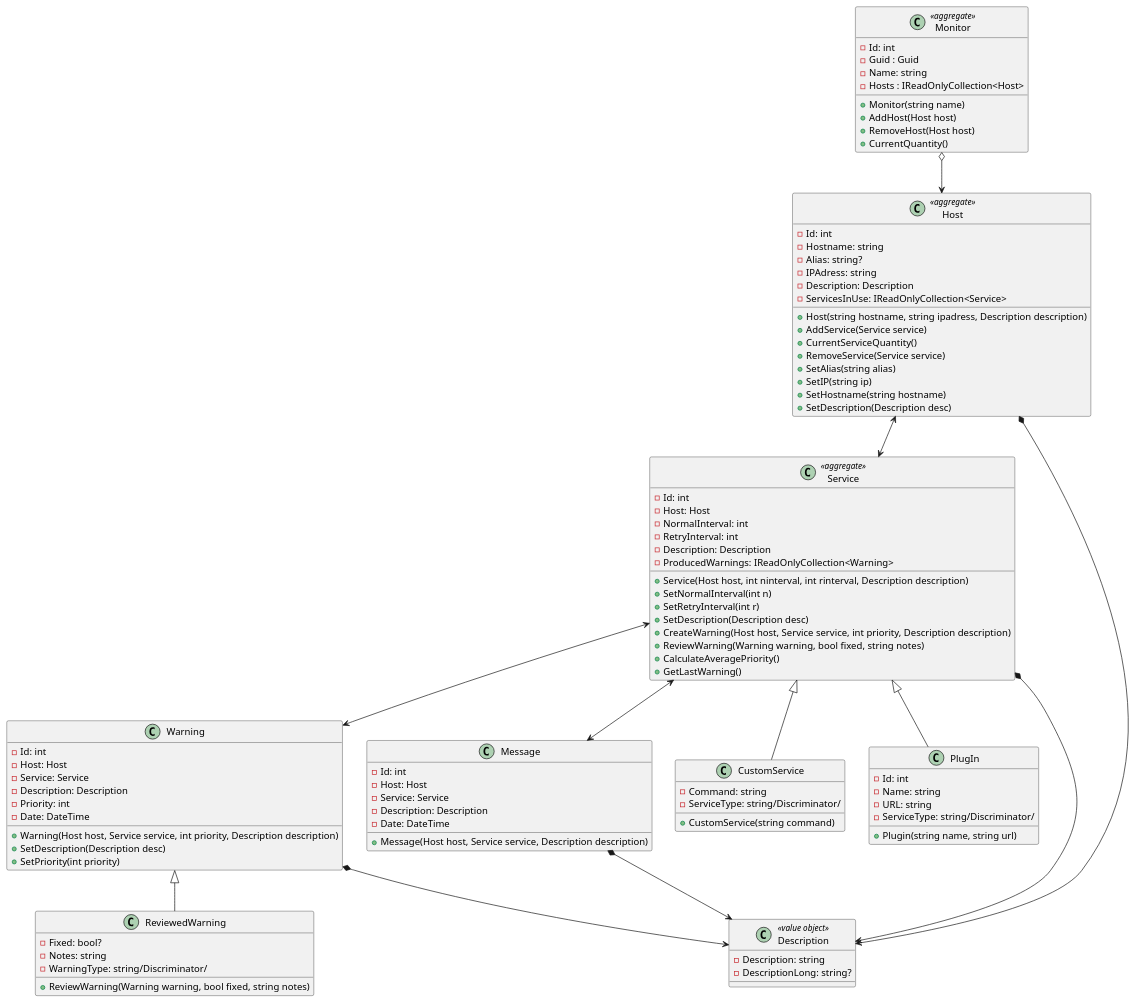
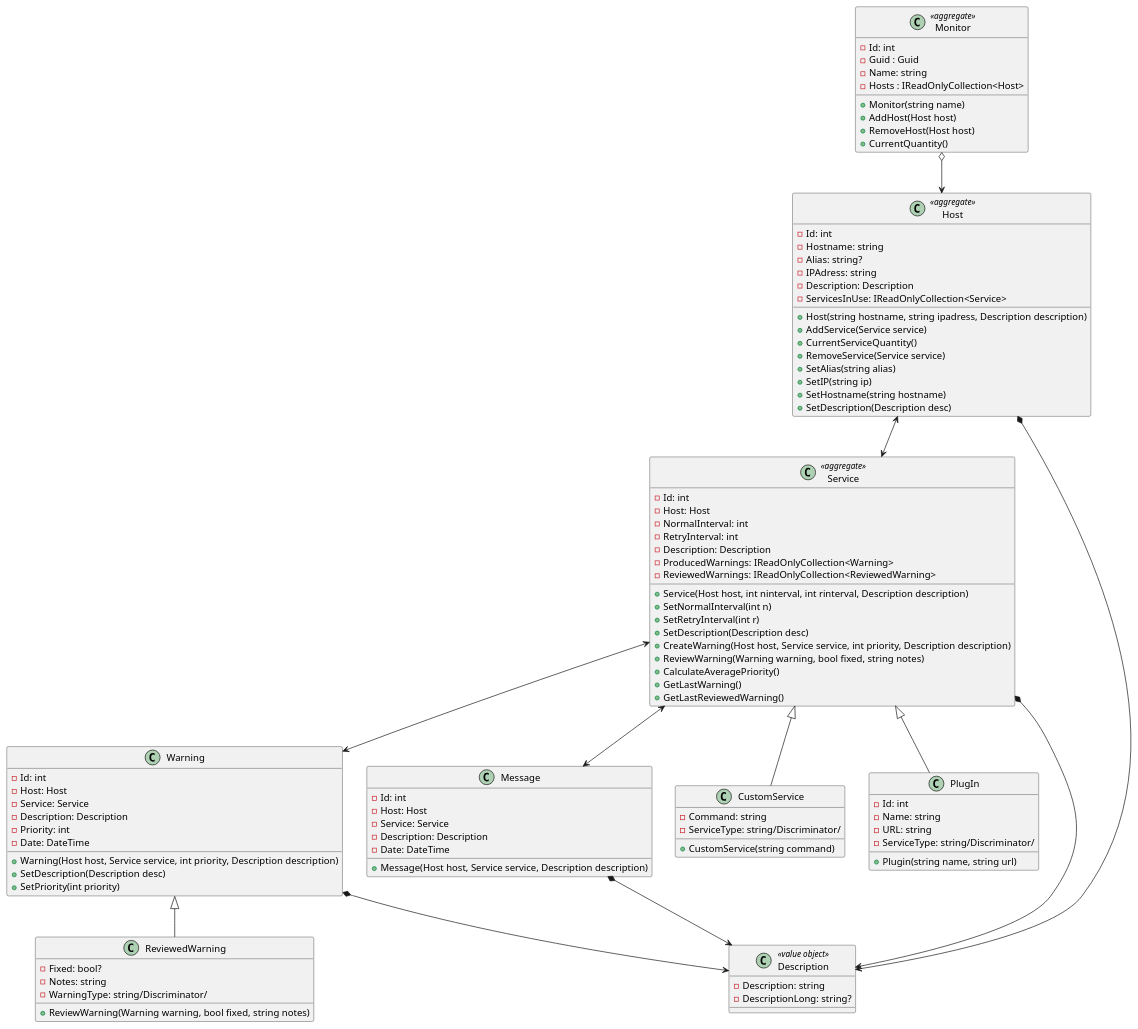
One commit to pa4ul/NetMonitor changed the diagram in ClassDiagram/NetMonitor.puml. Above: the diagram before and after it, drawn with PlantUML. The commit also changed 16 other files, not shown here.

```diff
--- a/ClassDiagram/NetMonitor.puml
+++ b/ClassDiagram/NetMonitor.puml
@@ -1,107 +1,110 @@
 @startuml
 
 class Monitor <<aggregate>>{
     - Id: int
     - Guid : Guid
     - Name: string
     - Hosts : IReadOnlyCollection<Host>
     + Monitor(string name)
     + AddHost(Host host)
     + RemoveHost(Host host)
     + CurrentQuantity()
 }
 class Message{
     -Id: int
     -Host: Host
     -Service: Service
     -Description: Description
     -Date: DateTime
     +Message(Host host, Service service, Description description)
 }
 class Host <<aggregate>>{
     -Id: int
     -Hostname: string
     -Alias: string?
     -IPAdress: string
     -Description: Description
     -ServicesInUse: IReadOnlyCollection<Service>
     +Host(string hostname, string ipadress, Description description)
     +AddService(Service service)
     +CurrentServiceQuantity()
     +RemoveService(Service service)
     +SetAlias(string alias)
     +SetIP(string ip)
     +SetHostname(string hostname)
     +SetDescription(Description desc)
 }
 class Service<<aggregate>>{
     -Id: int
     -Host: Host
     -NormalInterval: int
     -RetryInterval: int
     -Description: Description
     -ProducedWarnings: IReadOnlyCollection<Warning>
+    -ReviewedWarnings: IReadOnlyCollection<ReviewedWarning>
     +Service(Host host, int ninterval, int rinterval, Description description)
     +SetNormalInterval(int n)
     +SetRetryInterval(int r)
     +SetDescription(Description desc)
     +CreateWarning(Host host, Service service, int priority, Description description)
     +ReviewWarning(Warning warning, bool fixed, string notes)
     +CalculateAveragePriority()
     +GetLastWarning()
+    +GetLastReviewedWarning()
 
 }
 
 class CustomService{
     -Command: string
     -ServiceType: string/Discriminator/
     +CustomService(string command)
 }
 
 class PlugIn{
     -Id: int
     -Name: string
     -URL: string
     -ServiceType: string/Discriminator/
     +Plugin(string name, string url)
 }
 
 class Description <<value object>>{
     -Description: string
     -DescriptionLong: string?
 }
 
 class Warning{
     -Id: int
     -Host: Host
     -Service: Service
     -Description: Description
     -Priority: int
     -Date: DateTime
     +Warning(Host host, Service service, int priority, Description description)
     +SetDescription(Description desc)
     +SetPriority(int priority)
+    
 }
 
 class ReviewedWarning{
     -Fixed: bool?
     -Notes: string
     -WarningType: string/Discriminator/
     +ReviewWarning(Warning warning, bool fixed, string notes)
 }
 
 
 
 ReviewedWarning -up-|> Warning
 CustomService -up-|> Service
 PlugIn -up-|> Service
 Host *--> Description
 Service *--> Description
 Warning *--> Description
 Message *--> Description
 Host <--> Service
 Monitor o--> Host
 Service <--> Warning
 Service <--> Message
 
 @enduml
```
